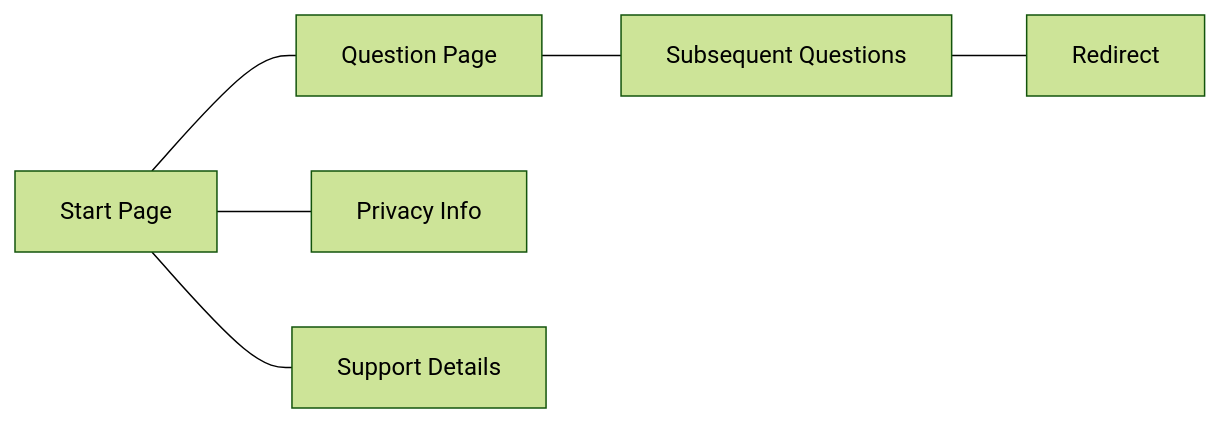
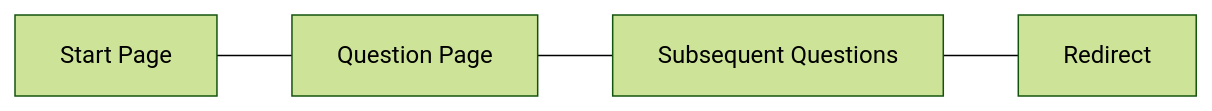
Before and after one commit to DFE-Digital/get-to-an-answer: the second of 2 diagrams in src/Frontend/README.md, drawn with Mermaid (forest theme). The commit also changed other lines of this file and 4 other files, not shown here.

First line of the commit message:
CARE-1718 Removed support contact details and privacy configuration references from documentation and code (#219)

````diff
--- a/src/Frontend/README.md
+++ b/src/Frontend/README.md
@@ -30,10 +30,8 @@
 ```mermaid
 graph LR
   ST[Start Page] --- Q1[Question Page]
   Q1 --- QN[Subsequent Questions]
   QN --- OUT[Redirect]
-  ST --- PRIV[Privacy Info]
-  ST --- SUP[Support Details]
 
   classDef muted fill:#f5f5f5,stroke:#bbb,color:#666;
 ```
````
